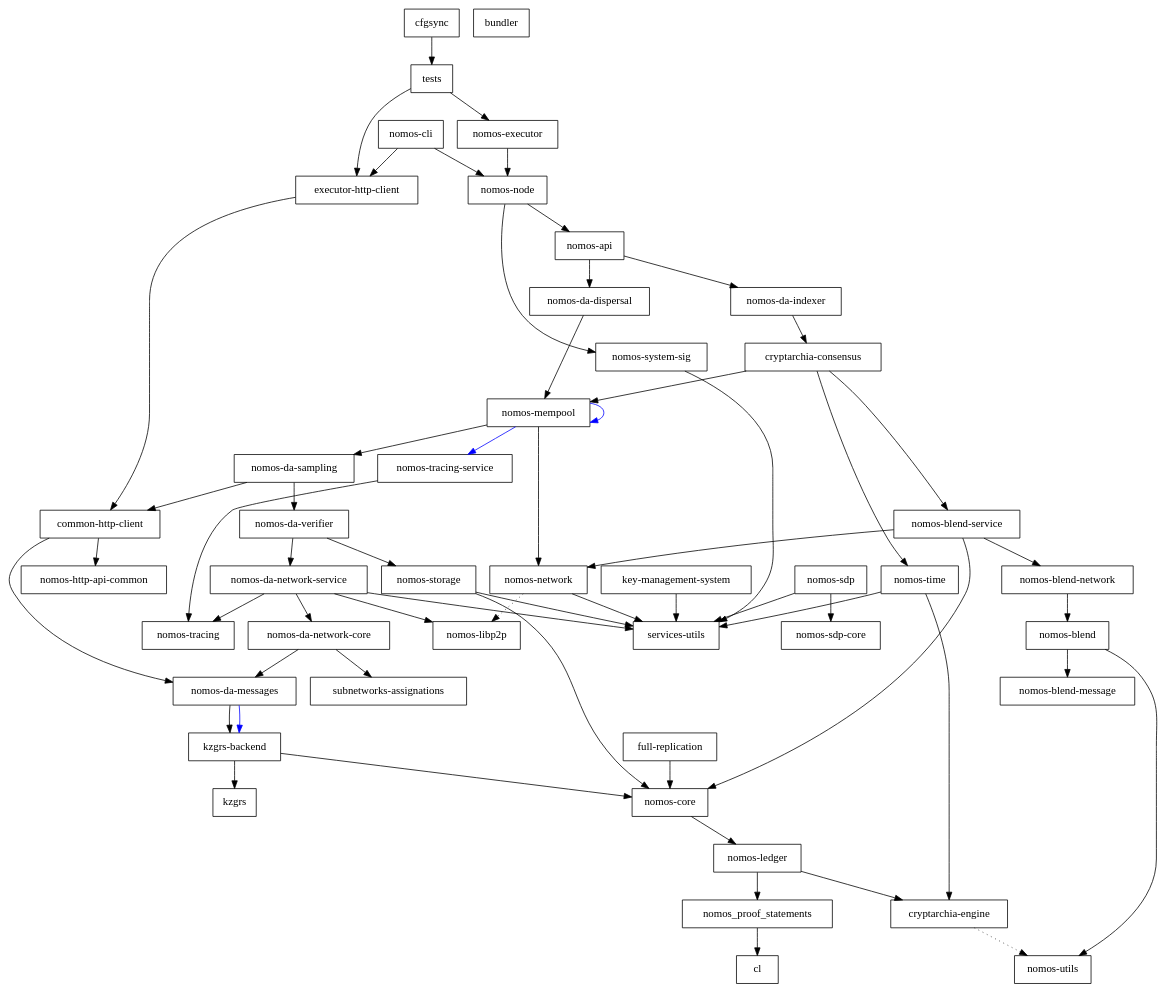
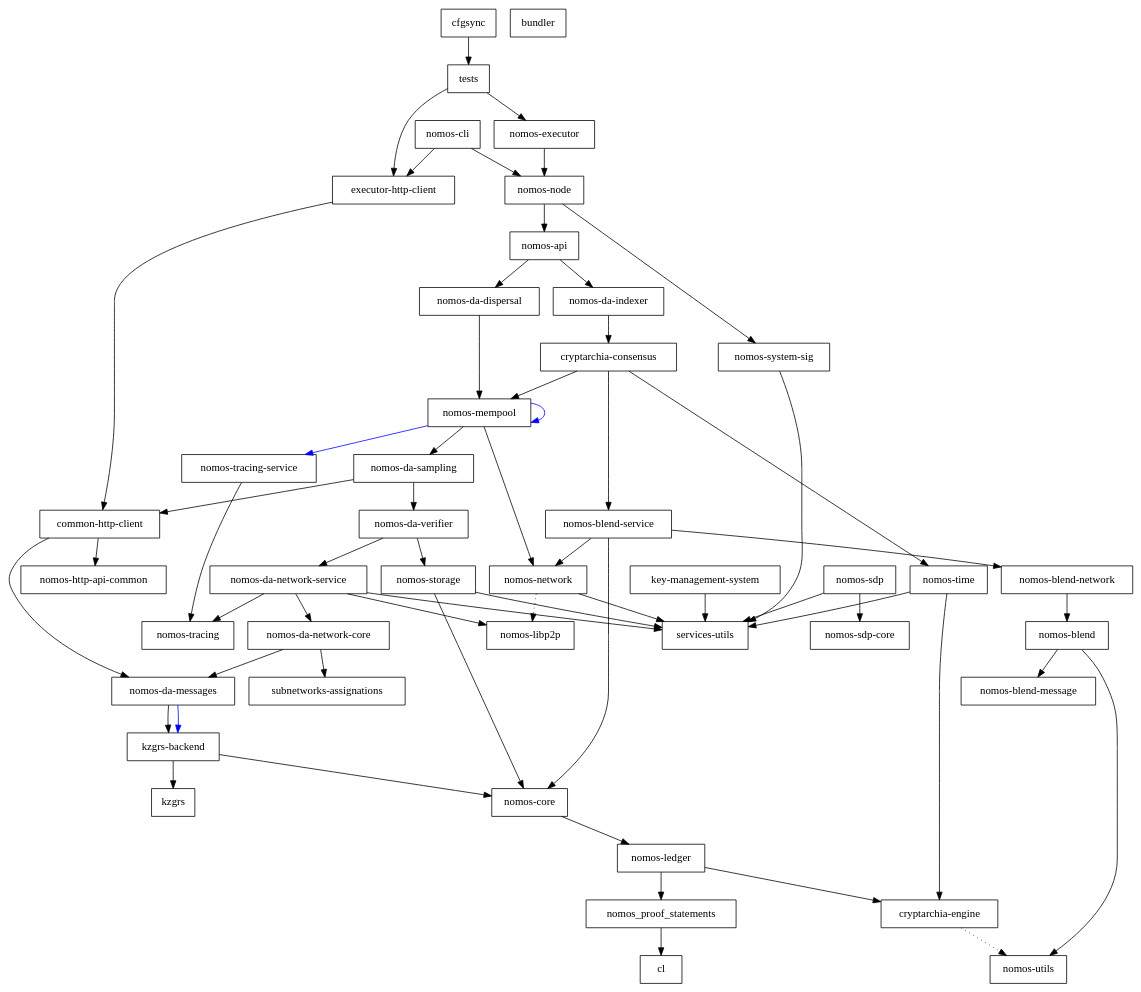
The diagram in dependencies_graph.dot (Astro521/logos-blockchain), drawn with Graphviz before and after one commit. The commit also changed 3 other files, not shown here.

Commit message:
Remove da full-replication crate

```diff
--- a/dependencies_graph.dot
+++ b/dependencies_graph.dot
@@ -1,105 +1,103 @@
 digraph {
     0 [ label = "cryptarchia-engine" shape = box]
     1 [ label = "nomos-utils" shape = box]
     2 [ label = "nomos-ledger" shape = box]
     3 [ label = "cl" shape = box]
     4 [ label = "nomos_proof_statements" shape = box]
     5 [ label = "nomos-http-api-common" shape = box]
     6 [ label = "nomos-executor" shape = box]
     7 [ label = "kzgrs-backend" shape = box]
     8 [ label = "kzgrs" shape = box]
     9 [ label = "nomos-core" shape = box]
     10 [ label = "nomos-api" shape = box]
     11 [ label = "cryptarchia-consensus" shape = box]
     12 [ label = "nomos-blend-service" shape = box]
     13 [ label = "nomos-blend" shape = box]
     14 [ label = "nomos-blend-message" shape = box]
     15 [ label = "nomos-blend-network" shape = box]
     16 [ label = "nomos-libp2p" shape = box]
     17 [ label = "nomos-network" shape = box]
     18 [ label = "services-utils" shape = box]
     19 [ label = "nomos-da-sampling" shape = box]
     20 [ label = "common-http-client" shape = box]
     21 [ label = "nomos-da-messages" shape = box]
     22 [ label = "nomos-da-network-core" shape = box]
     23 [ label = "subnetworks-assignations" shape = box]
     24 [ label = "nomos-da-network-service" shape = box]
     25 [ label = "nomos-tracing" shape = box]
     26 [ label = "nomos-da-verifier" shape = box]
     27 [ label = "nomos-storage" shape = box]
     28 [ label = "nomos-mempool" shape = box]
     29 [ label = "nomos-tracing-service" shape = box]
     30 [ label = "nomos-time" shape = box]
     31 [ label = "nomos-da-dispersal" shape = box]
     32 [ label = "nomos-da-indexer" shape = box]
     33 [ label = "nomos-node" shape = box]
     34 [ label = "nomos-system-sig" shape = box]
     35 [ label = "executor-http-client" shape = box]
     36 [ label = "bundler" shape = box]
     37 [ label = "nomos-cli" shape = box]
-    38 [ label = "full-replication" shape = box]
-    39 [ label = "nomos-sdp-core" shape = box]
-    40 [ label = "key-management-system" shape = box]
-    41 [ label = "nomos-sdp" shape = box]
-    42 [ label = "cfgsync" shape = box]
-    43 [ label = "tests" shape = box]
+    38 [ label = "nomos-sdp-core" shape = box]
+    39 [ label = "key-management-system" shape = box]
+    40 [ label = "nomos-sdp" shape = box]
+    41 [ label = "cfgsync" shape = box]
+    42 [ label = "tests" shape = box]
     0 -> 1 [ style = dotted]
     2 -> 0 [ ]
     2 -> 4 [ ]
     4 -> 3 [ ]
     6 -> 33 [ ]
     7 -> 8 [ ]
     7 -> 9 [ ]
     9 -> 2 [ ]
     10 -> 31 [ ]
     10 -> 32 [ ]
     11 -> 12 [ ]
     11 -> 28 [ ]
     11 -> 30 [ ]
     12 -> 15 [ ]
     12 -> 9 [ ]
     12 -> 17 [ ]
     13 -> 14 [ ]
     13 -> 1 [ ]
     15 -> 13 [ ]
     17 -> 16 [ style = dotted]
     17 -> 18 [ ]
     19 -> 20 [ ]
     19 -> 26 [ ]
     20 -> 21 [ ]
     20 -> 5 [ ]
     21 -> 7 [ ]
     21 -> 7 [ color = blue]
     22 -> 21 [ ]
     22 -> 23 [ ]
     24 -> 22 [ ]
     24 -> 16 [ ]
     24 -> 25 [ ]
     24 -> 18 [ ]
     26 -> 24 [ ]
     26 -> 27 [ ]
     27 -> 9 [ ]
     27 -> 18 [ ]
     28 -> 19 [ ]
     28 -> 28 [ color = blue]
     28 -> 17 [ ]
     28 -> 29 [ color = blue]
     29 -> 25 [ ]
     30 -> 0 [ ]
     30 -> 18 [ ]
     31 -> 28 [ ]
     32 -> 11 [ ]
     33 -> 10 [ ]
     33 -> 34 [ ]
     34 -> 18 [ ]
     35 -> 20 [ ]
     37 -> 35 [ ]
     37 -> 33 [ ]
-    38 -> 9 [ ]
+    39 -> 18 [ ]
+    40 -> 38 [ ]
     40 -> 18 [ ]
-    41 -> 39 [ ]
-    41 -> 18 [ ]
-    42 -> 43 [ ]
-    43 -> 35 [ ]
-    43 -> 6 [ ]
+    41 -> 42 [ ]
+    42 -> 35 [ ]
+    42 -> 6 [ ]
 }
```
